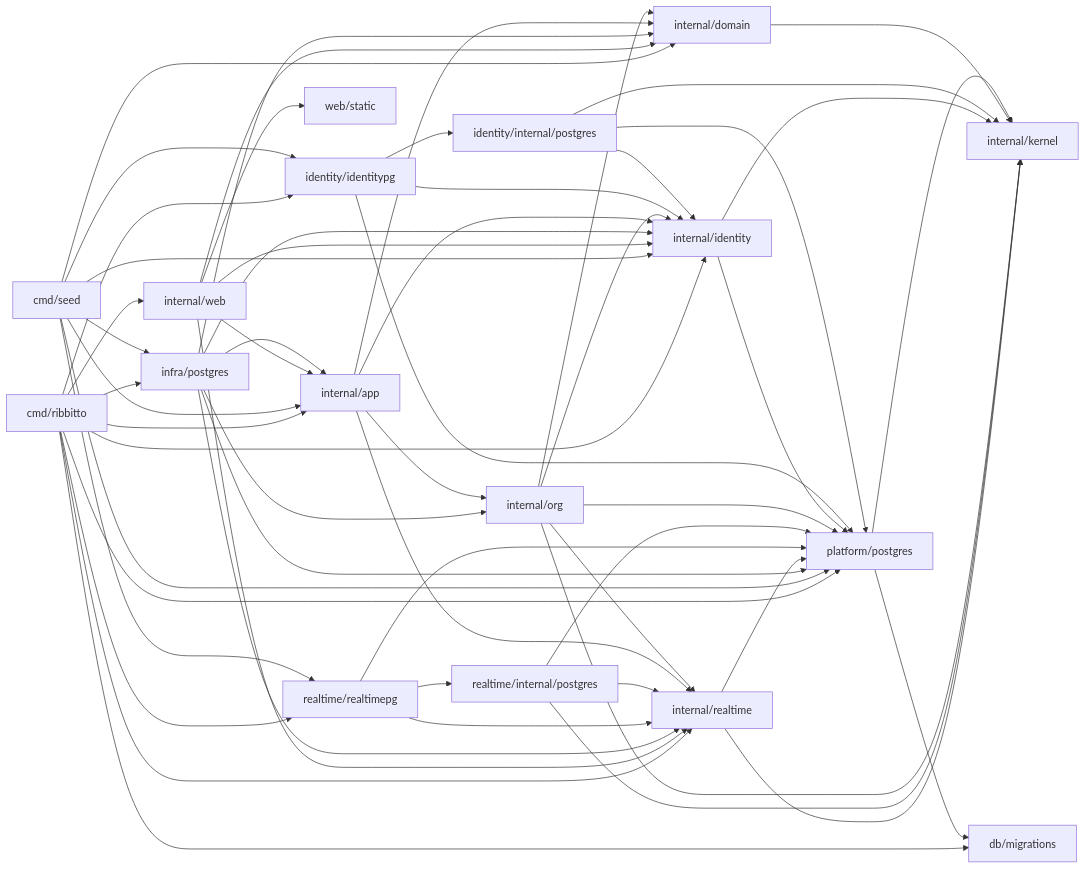
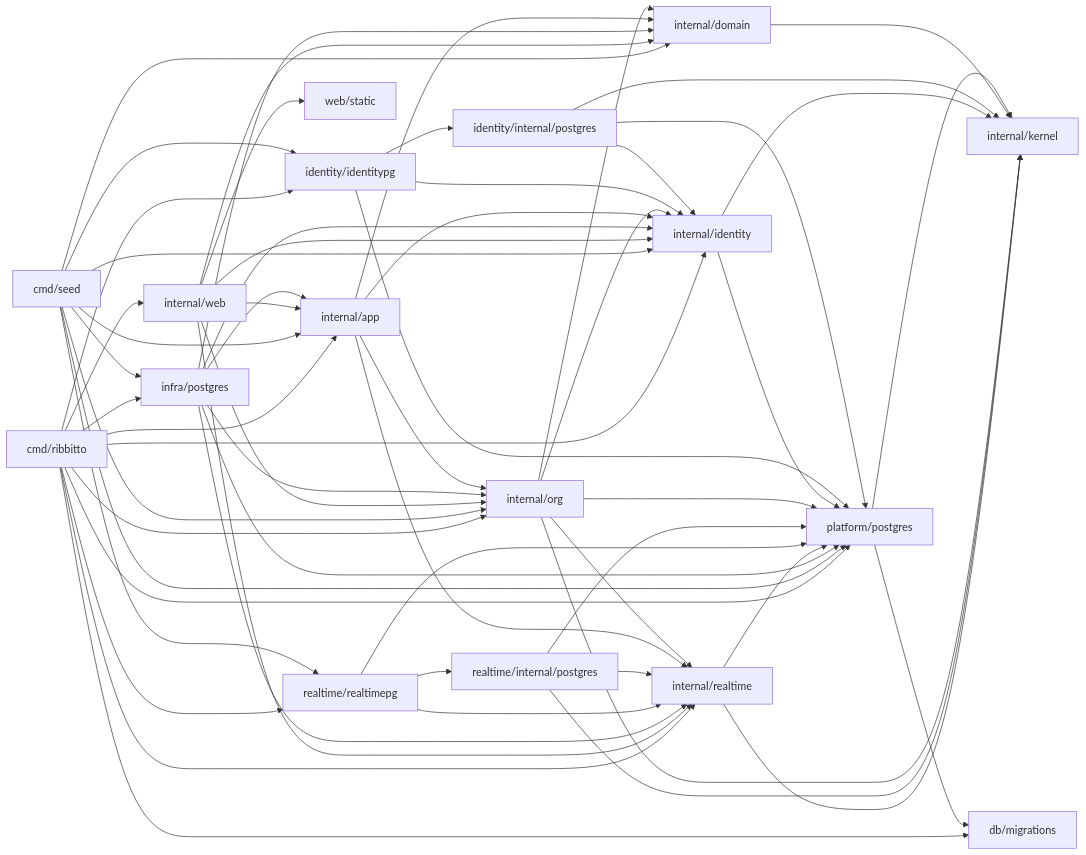
The diagram in docs/architecture/packages.md (tkakkie/ribbitto), drawn with Mermaid before and after one commit. The commit also changed other lines of this file and 23 other files, not shown here.

First line of the commit message:
refactor(org): switch web and cmd to the org root and remove app/authz

````diff
--- a/docs/architecture/packages.md
+++ b/docs/architecture/packages.md
@@ -66,17 +66,17 @@
 ```mermaid
 flowchart LR
-  cmd[cmd/ribbitto] --> web & app & identity & identitypg[identity/identitypg] & realtimepg & postgres[infra/postgres] & realtime & platform[platform/postgres] & migrations[db/migrations]
-  seed[cmd/seed] --> app & identity & identitypg & realtimepg & postgres & platform & domain
-  web[internal/web] --> app & identity & domain & realtime & static[web/static]
+  cmd[cmd/ribbitto] --> web & app & org & identity & identitypg[identity/identitypg] & realtimepg & postgres[infra/postgres] & realtime & platform[platform/postgres] & migrations[db/migrations]
+  seed[cmd/seed] --> app & org & identity & identitypg & realtimepg & postgres & platform & domain
+  web[internal/web] --> app & org & identity & domain & realtime & static[web/static]
   postgres --> app & org & identity & domain & platform & realtime
   realtime[internal/realtime] --> kernel & platform
   realtimepg[realtime/realtimepg] --> realtime & rstore[realtime/internal/postgres] & platform
   rstore --> realtime & platform & kernel
   app[internal/app] --> org & identity & realtime & domain[internal/domain]
   org[internal/org] --> identity & realtime & domain & kernel & platform
   identity[internal/identity] --> kernel & platform
   identitypg --> identity & store[identity/internal/postgres] & platform
   store --> identity & platform & kernel
   domain --> kernel[internal/kernel]
   platform --> kernel & migrations
 ```
````
